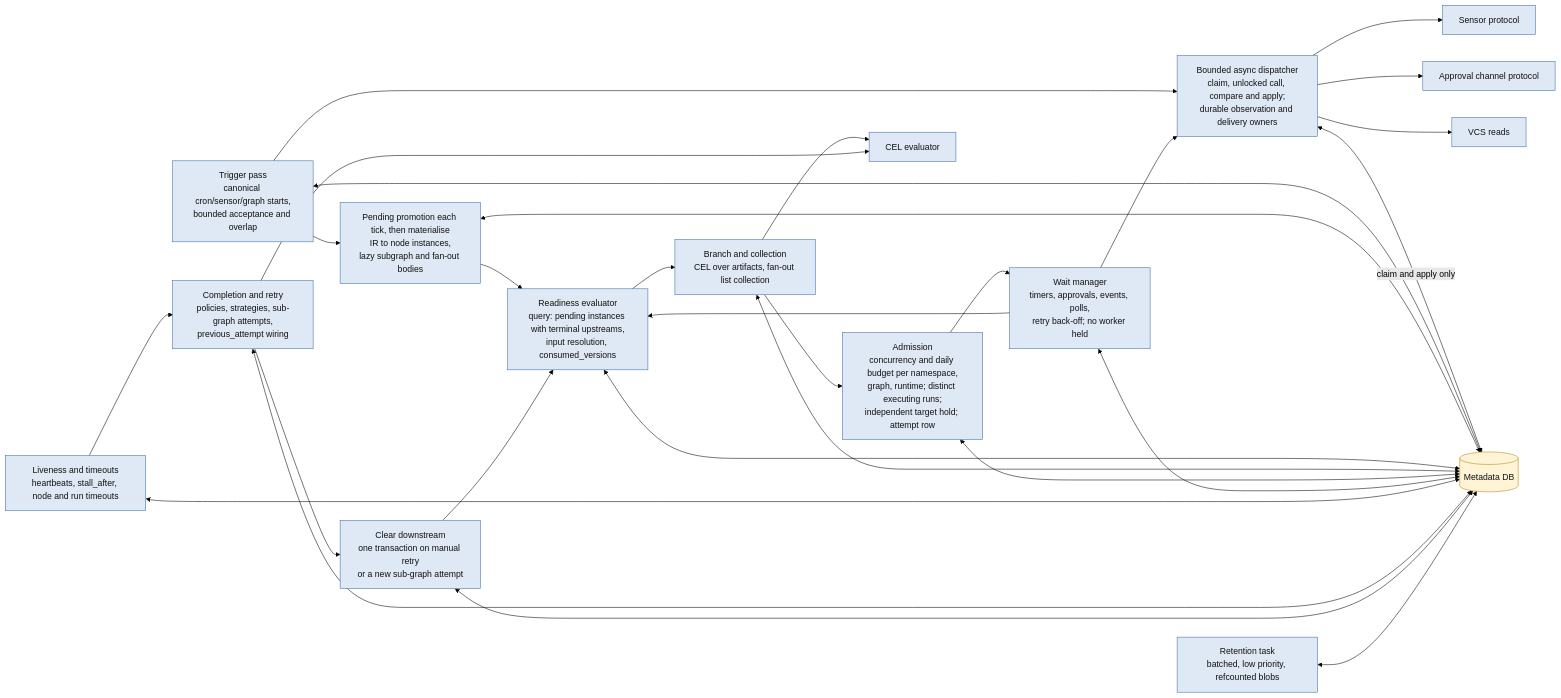
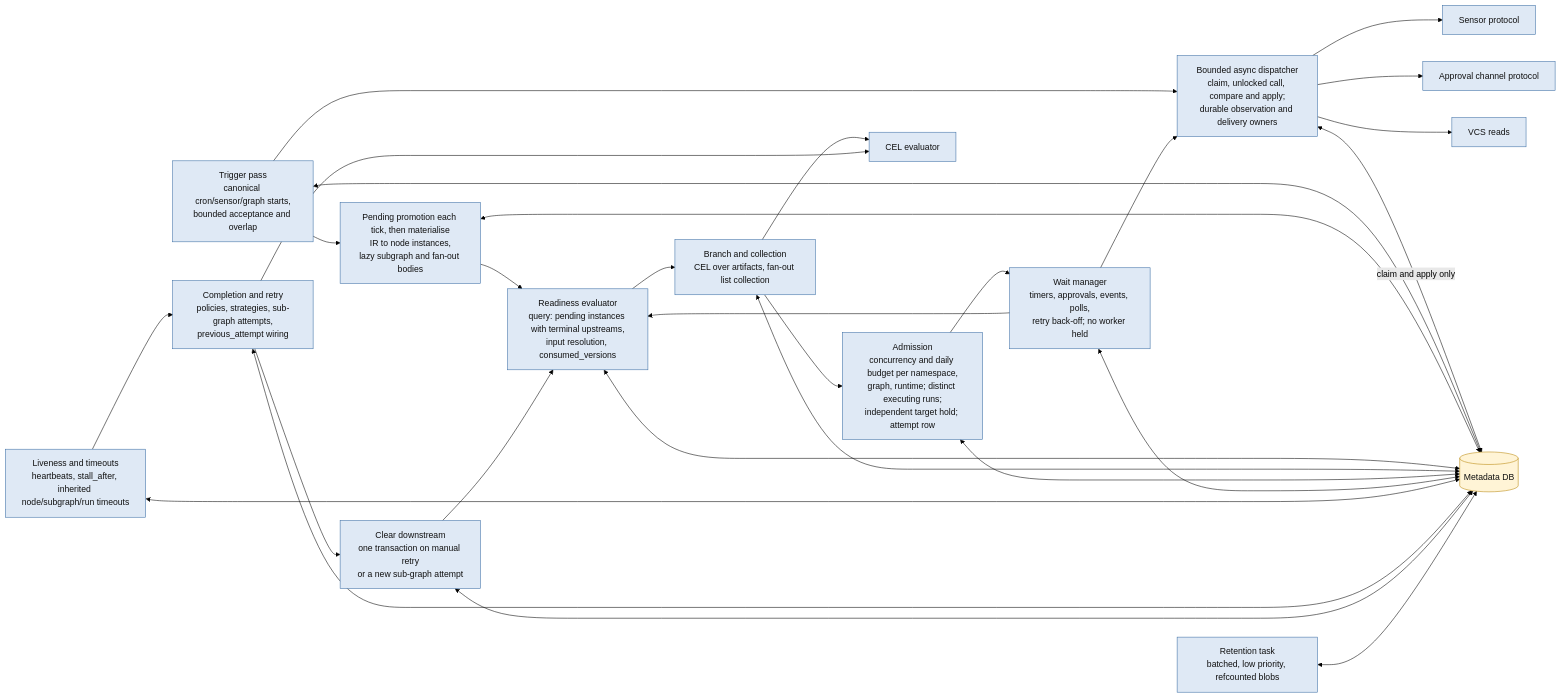
The third of 6 diagrams in knowledge/architecture/detailed.md (klukashka/kora), drawn with Mermaid (forest theme) before and after one commit. The commit also changed other lines of this file and 22 other files, not shown here.

````diff
--- a/knowledge/architecture/detailed.md
+++ b/knowledge/architecture/detailed.md
@@ -125,33 +125,33 @@
 ```mermaid
 flowchart LR
     classDef c fill:#dfe9f5,stroke:#3b6ea5,color:#111
     classDef store fill:#fff4d6,stroke:#b8860b,color:#111
 
     DB[(Metadata DB)]:::store
     T[Trigger pass<br/>canonical cron/sensor/graph starts,<br/>bounded acceptance and overlap]:::c
     M[Pending promotion each tick, then materialise<br/>IR to node instances,<br/>lazy subgraph and fan-out bodies]:::c
     R[Readiness evaluator<br/>query: pending instances with terminal upstreams,<br/>input resolution, consumed_versions]:::c
     B[Branch and collection<br/>CEL over artifacts, fan-out list collection]:::c
     A[Admission<br/>concurrency and daily budget per namespace,<br/>graph, runtime; distinct executing runs;<br/>independent target hold; attempt row]:::c
     W[Wait manager<br/>timers, approvals, events, polls,<br/>retry back-off; no worker held]:::c
-    L[Liveness and timeouts<br/>heartbeats, stall_after, node and run timeouts]:::c
+    L[Liveness and timeouts<br/>heartbeats, stall_after, inherited node/subgraph/run timeouts]:::c
     C[Completion and retry<br/>policies, strategies, sub-graph attempts,<br/>previous_attempt wiring]:::c
     I[Clear downstream<br/>one transaction on manual retry<br/>or a new sub-graph attempt]:::c
     RET[Retention task<br/>batched, low priority, refcounted blobs]:::c
     CEL[CEL evaluator]:::c
     OBS[Bounded async dispatcher<br/>claim, unlocked call, compare and apply;<br/>durable observation and delivery owners]:::c
     SEN[Sensor protocol]:::c
     APR[Approval channel protocol]:::c
     VREAD[VCS reads]:::c
 
     T --> M --> R --> B --> A
     A --> W
     W --> R
     L --> C --> I --> R
     T & W --> OBS
     OBS --> SEN & APR & VREAD
     OBS <-->|claim and apply only| DB
     B --> CEL
     C --> CEL
     T & M & R & B & A & W & L & C & I & RET <--> DB
 ```
````
